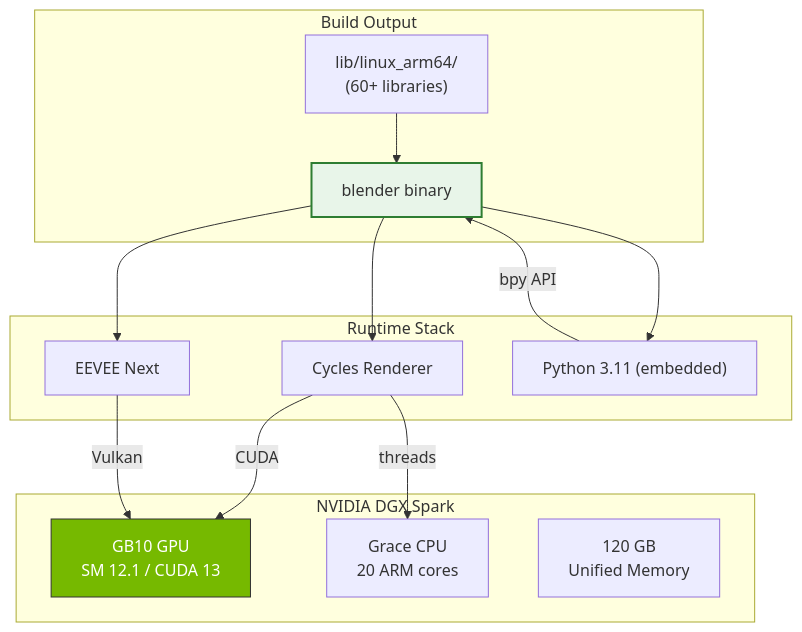
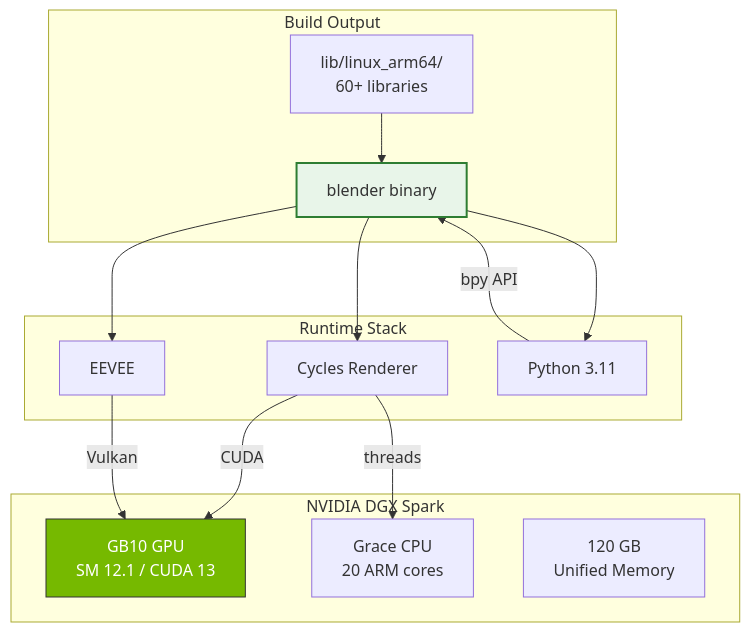
The third of 3 diagrams in README.md (mvalancy/blender-nvidia-gb10), drawn with Mermaid before and after one commit. The commit also changed other lines of this file and 2 other files, not shown here.

First line of the commit message:
Add benchmark, fix mermaid diagrams, add render sample

````diff
--- a/README.md
+++ b/README.md
@@ -148,35 +134,31 @@
 ```mermaid
 graph TB
     subgraph build["Build Output"]
         BIN["blender binary"]
-        LIBS["lib/linux_arm64/
-        (60+ libraries)"]
+        LIBS["lib/linux_arm64/<br>60+ libraries"]
     end
 
     subgraph runtime["Runtime Stack"]
         CYCLES["Cycles Renderer"]
-        EEVEE["EEVEE Next"]
-        PYTHON["Python 3.11 (embedded)"]
+        EEVEE["EEVEE"]
+        PYTHON["Python 3.11"]
     end
 
     subgraph hardware["NVIDIA DGX Spark"]
-        GPU["GB10 GPU
-        SM 12.1 / CUDA 13"]
-        CPU["Grace CPU
-        20 ARM cores"]
-        RAM["120 GB
-        Unified Memory"]
+        GPU["GB10 GPU<br>SM 12.1 / CUDA 13"]
+        CPU["Grace CPU<br>20 ARM cores"]
+        RAM["120 GB<br>Unified Memory"]
     end
 
     BIN --> CYCLES
     BIN --> EEVEE
     BIN --> PYTHON
     CYCLES -->|CUDA| GPU
     CYCLES -->|threads| CPU
     EEVEE -->|Vulkan| GPU
     PYTHON -->|bpy API| BIN
     LIBS --> BIN
 
     style GPU fill:#76b900,stroke:#333,color:#fff
     style BIN fill:#e8f5e9,stroke:#2e7d32,stroke-width:2px
 ```
````
